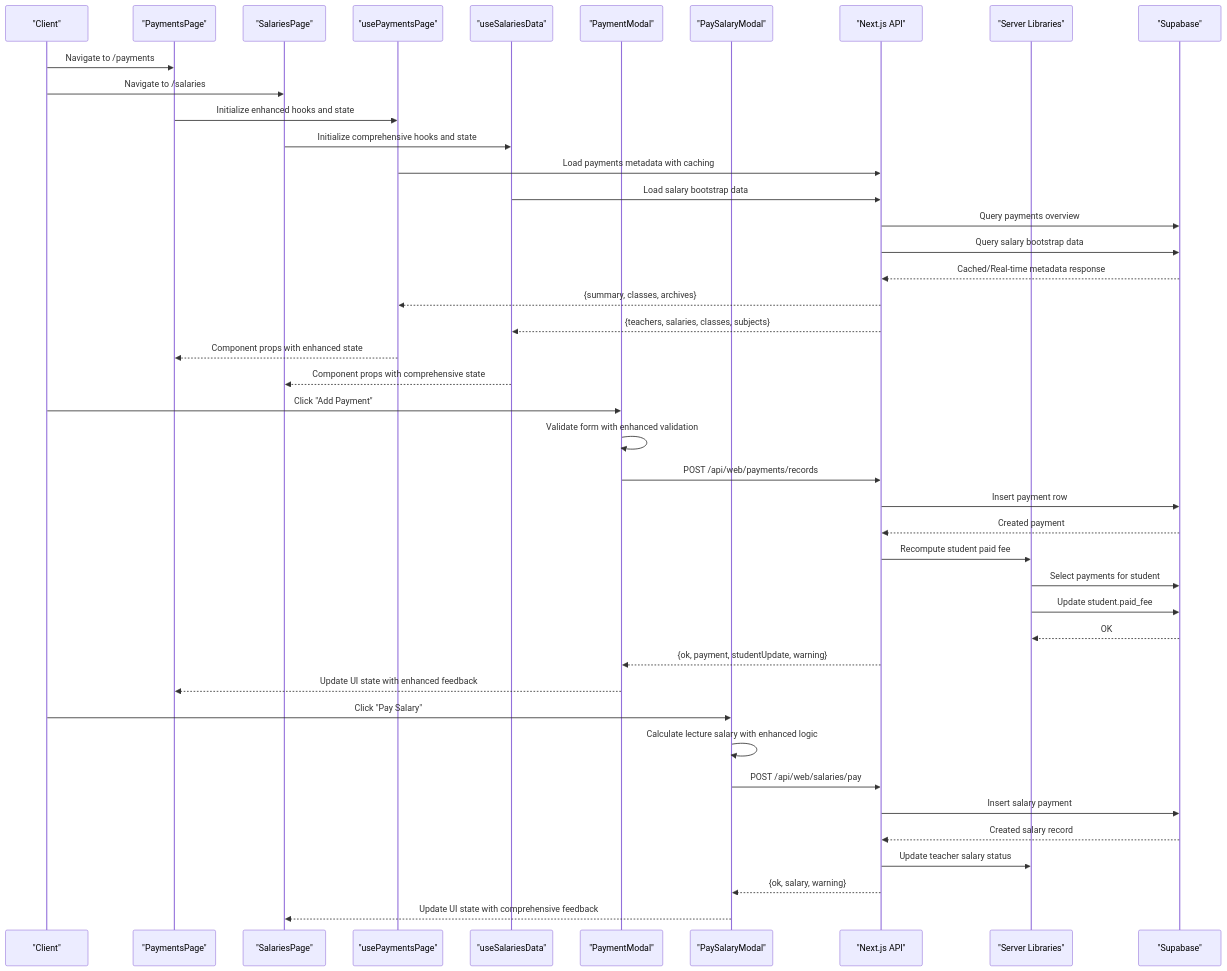
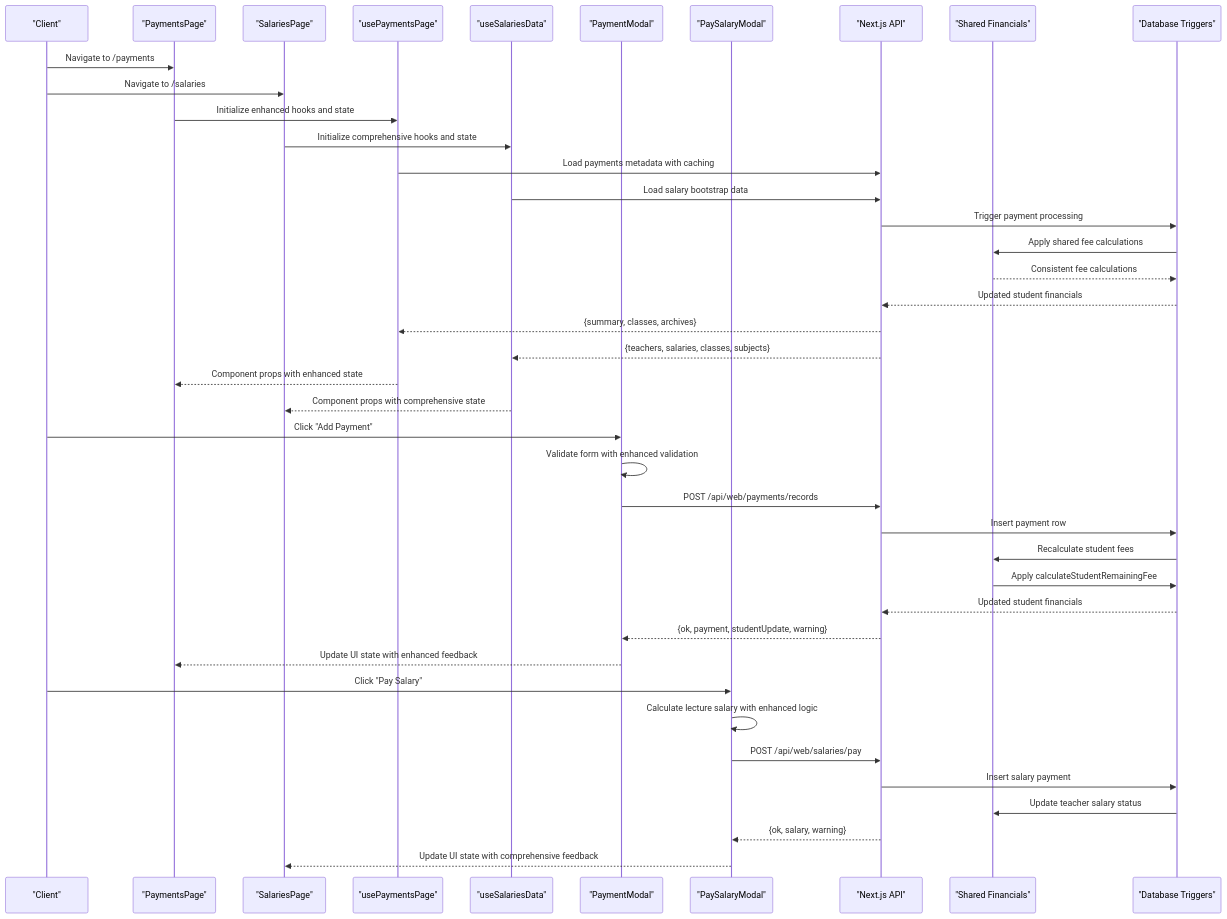
Before and after one commit to mustafaalkusaj/appschoolmustafa2002: the second of 5 diagrams in .qoder/repowiki/en/content/Financial Operations/Financial Operations.md, drawn with Mermaid. The commit also changed other lines of this file and 277 other files, not shown here.

Commit message:
Comprehensive polish: dashboard enhancements, payments/salaries/students/super-admin improvements, new UI components (badge, tabs, etc.), Figma handoff docs, redesign audits, tests, i18n, lib updates, performance reports

````diff
--- a/.qoder/repowiki/en/content/Financial Operations/Financial Operations.md
+++ b/.qoder/repowiki/en/content/Financial Operations/Financial Operations.md
@@ -267,45 +288,43 @@
 ```mermaid
 sequenceDiagram
 participant Client as "Client"
 participant PaymentsPage as "PaymentsPage"
 participant SalariesPage as "SalariesPage"
 participant PaymentsHooks as "usePaymentsPage"
 participant SalariesHooks as "useSalariesData"
 participant PaymentModal as "PaymentModal"
 participant SalaryModal as "PaySalaryModal"
 participant API as "Next.js API"
-participant Lib as "Server Libraries"
-participant DB as "Supabase"
+participant Financials as "Shared Financials"
+participant Database as "Database Triggers"
 Client->>PaymentsPage : Navigate to /payments
 Client->>SalariesPage : Navigate to /salaries
 PaymentsPage->>PaymentsHooks : Initialize enhanced hooks and state
 SalariesPage->>SalariesHooks : Initialize comprehensive hooks and state
 PaymentsHooks->>API : Load payments metadata with caching
 SalariesHooks->>API : Load salary bootstrap data
-API->>DB : Query payments overview
-API->>DB : Query salary bootstrap data
-DB-->>API : Cached/Real-time metadata response
+API->>Database : Trigger payment processing
+Database->>Financials : Apply shared fee calculations
+Financials-->>Database : Consistent fee calculations
+Database-->>API : Updated student financials
 API-->>PaymentsHooks : {summary, classes, archives}
 API-->>SalariesHooks : {teachers, salaries, classes, subjects}
 PaymentsHooks-->>PaymentsPage : Component props with enhanced state
 SalariesHooks-->>SalariesPage : Component props with comprehensive state
 Client->>PaymentModal : Click "Add Payment"
 PaymentModal->>PaymentModal : Validate form with enhanced validation
 PaymentModal->>API : POST /api/web/payments/records
-API->>DB : Insert payment row
-DB-->>API : Created payment
-API->>Lib : Recompute student paid fee
-Lib->>DB : Select payments for student
-Lib->>DB : Update student.paid_fee
-DB-->>Lib : OK
+API->>Database : Insert payment row
+Database->>Financials : Recalculate student fees
+Financials->>Database : Apply calculateStudentRemainingFee
+Database-->>API : Updated student financials
 API-->>PaymentModal : {ok, payment, studentUpdate, warning}
 PaymentModal-->>PaymentsPage : Update UI state with enhanced feedback
 Client->>SalaryModal : Click "Pay Salary"
 SalaryModal->>SalaryModal : Calculate lecture salary with enhanced logic
 SalaryModal->>API : POST /api/web/salaries/pay
-API->>DB : Insert salary payment
-DB-->>API : Created salary record
-API->>Lib : Update teacher salary status
+API->>Database : Insert salary payment
+Database->>Financials : Update teacher salary status
 API-->>SalaryModal : {ok, salary, warning}
 SalaryModal-->>SalariesPage : Update UI state with comprehensive feedback
 ```
````
